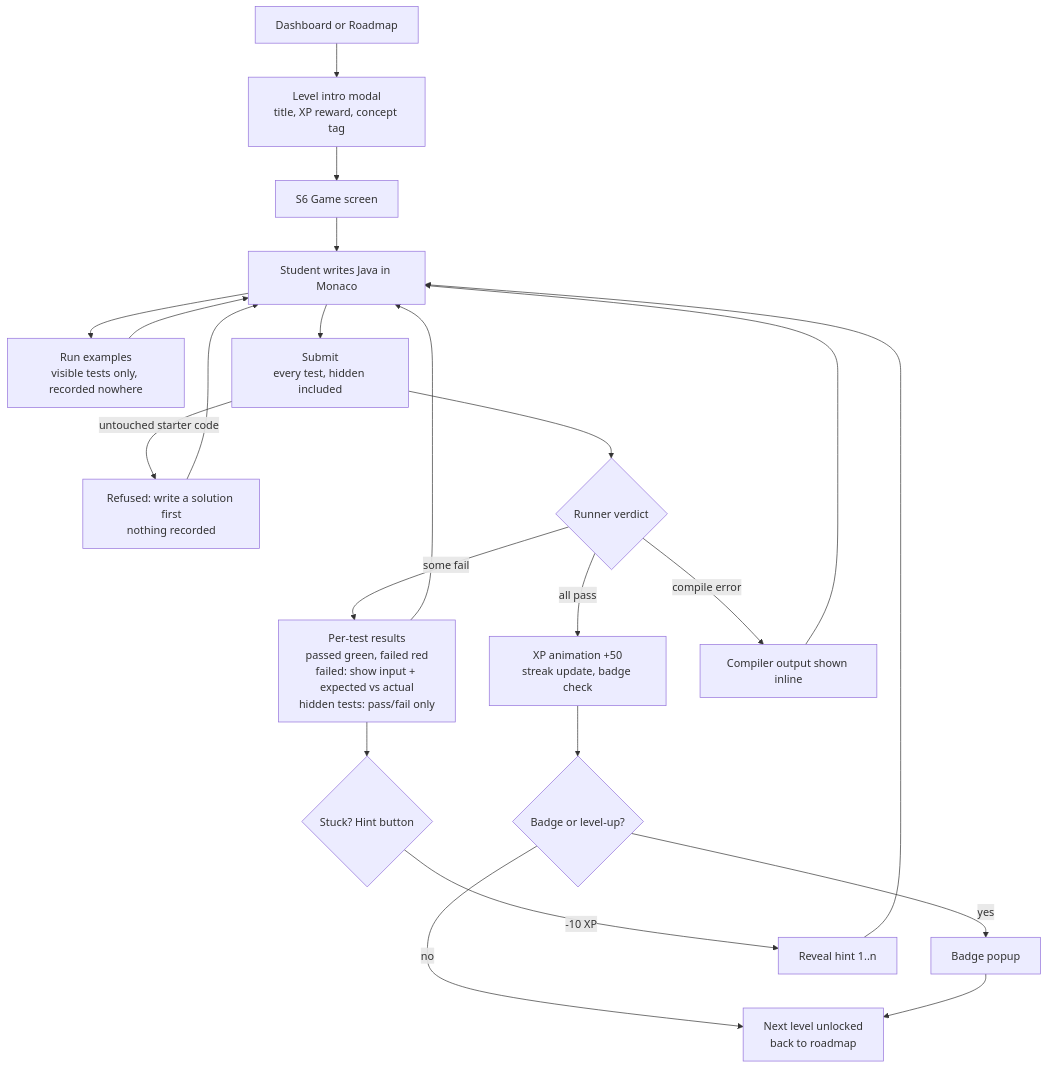
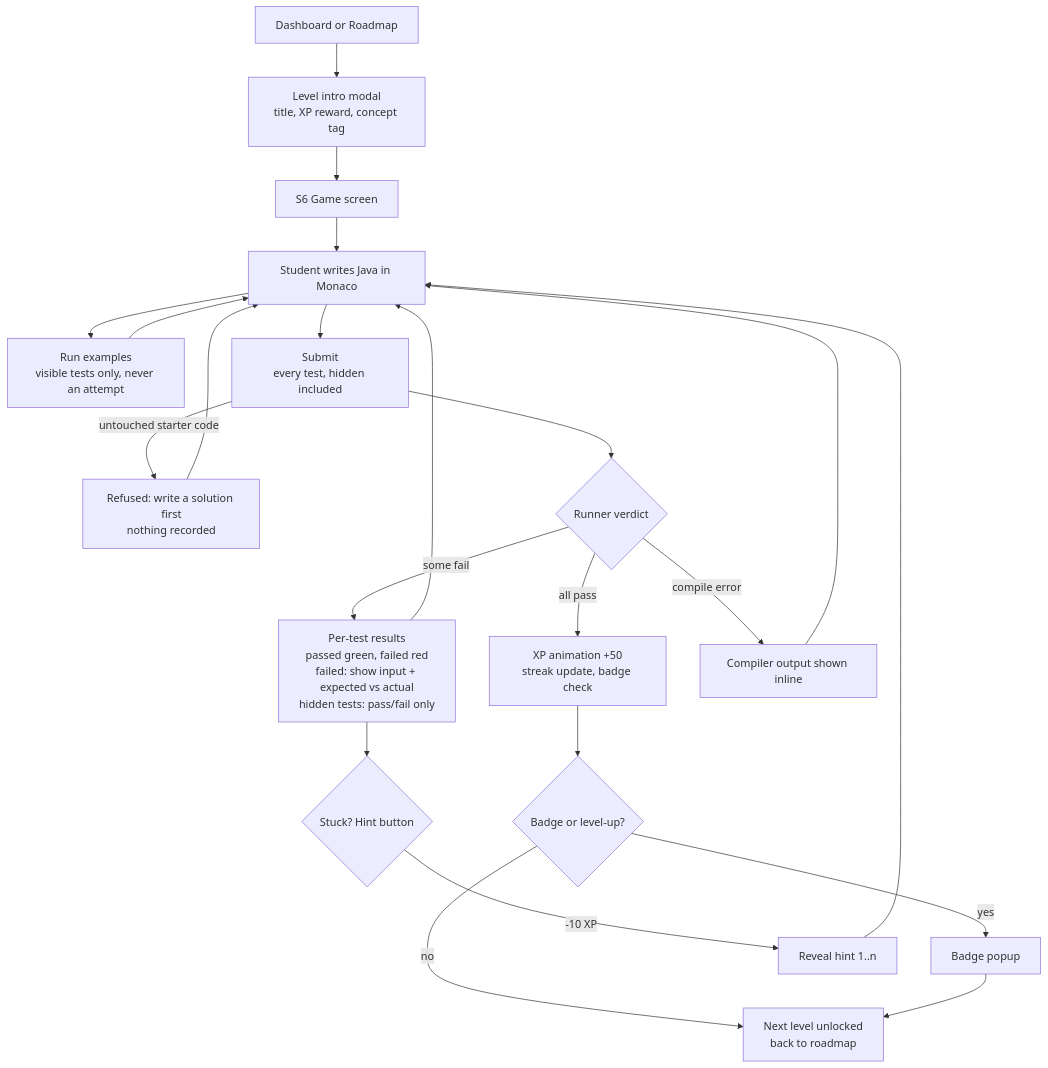
The second of 2 diagrams in docs/03-APP-FLOW.md (ns8963038-hub/SKILLQUEST), drawn with Mermaid before and after one commit. The commit also changed 14 other files, not shown here.

First line of the commit message:
Run examples counts as practice (streak + activity), never as an attempt

````diff
--- a/docs/03-APP-FLOW.md
+++ b/docs/03-APP-FLOW.md
@@ -61,24 +61,24 @@
 ```mermaid
 flowchart TD
     D[Dashboard or Roadmap] --> I[Level intro modal\ntitle, XP reward, concept tag]
     I --> G[S6 Game screen]
     G --> W[Student writes Java in Monaco]
-    W --> EX[Run examples\nvisible tests only, recorded nowhere]
+    W --> EX[Run examples\nvisible tests only, never an attempt]
     EX --> W
     W --> RUN[Submit\nevery test, hidden included]
     RUN -- untouched starter code --> REF[Refused: write a solution first\nnothing recorded]
     REF --> W
     RUN --> J{Runner verdict}
     J -- all pass --> XP[XP animation +50\nstreak update, badge check]
     XP --> N{Badge or level-up?}
     N -- yes --> POP[Badge popup]
     N -- no --> NEXT[Next level unlocked\nback to roadmap]
     POP --> NEXT
     J -- some fail --> F[Per-test results\npassed green, failed red\nfailed: show input + expected vs actual\nhidden tests: pass/fail only]
     F --> HINT{Stuck? Hint button}
     HINT -- "-10 XP" --> H[Reveal hint 1..n]
     H --> W
     F --> W
     J -- compile error --> CE[Compiler output shown inline]
     CE --> W
 ```
````
